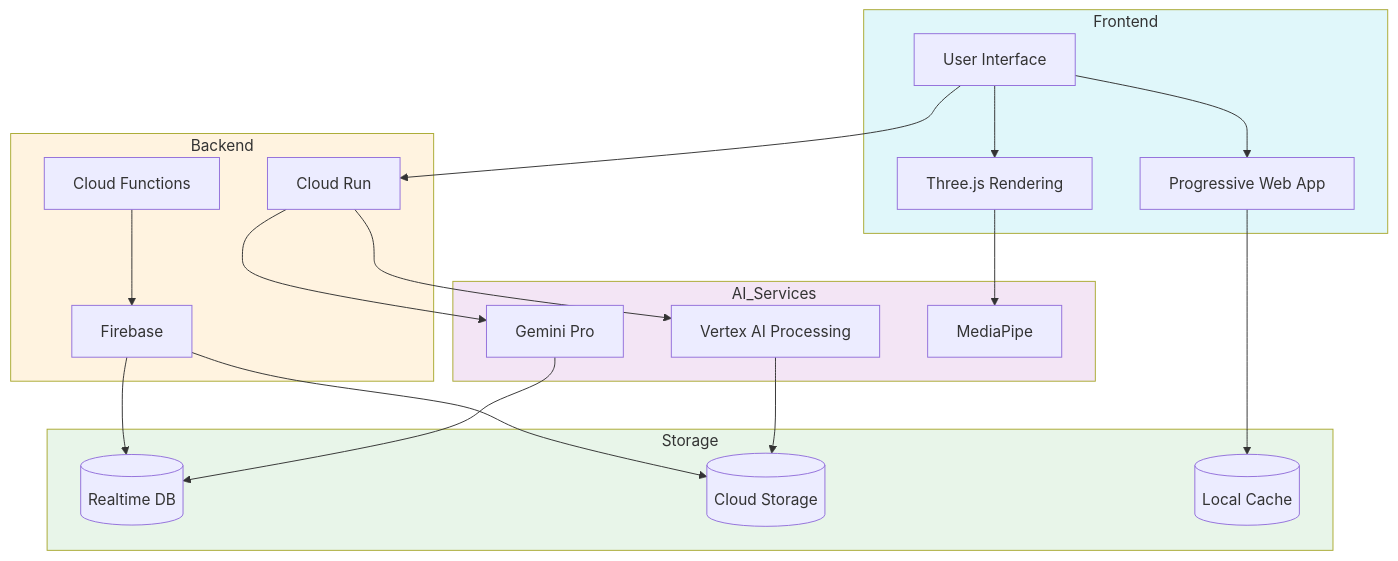
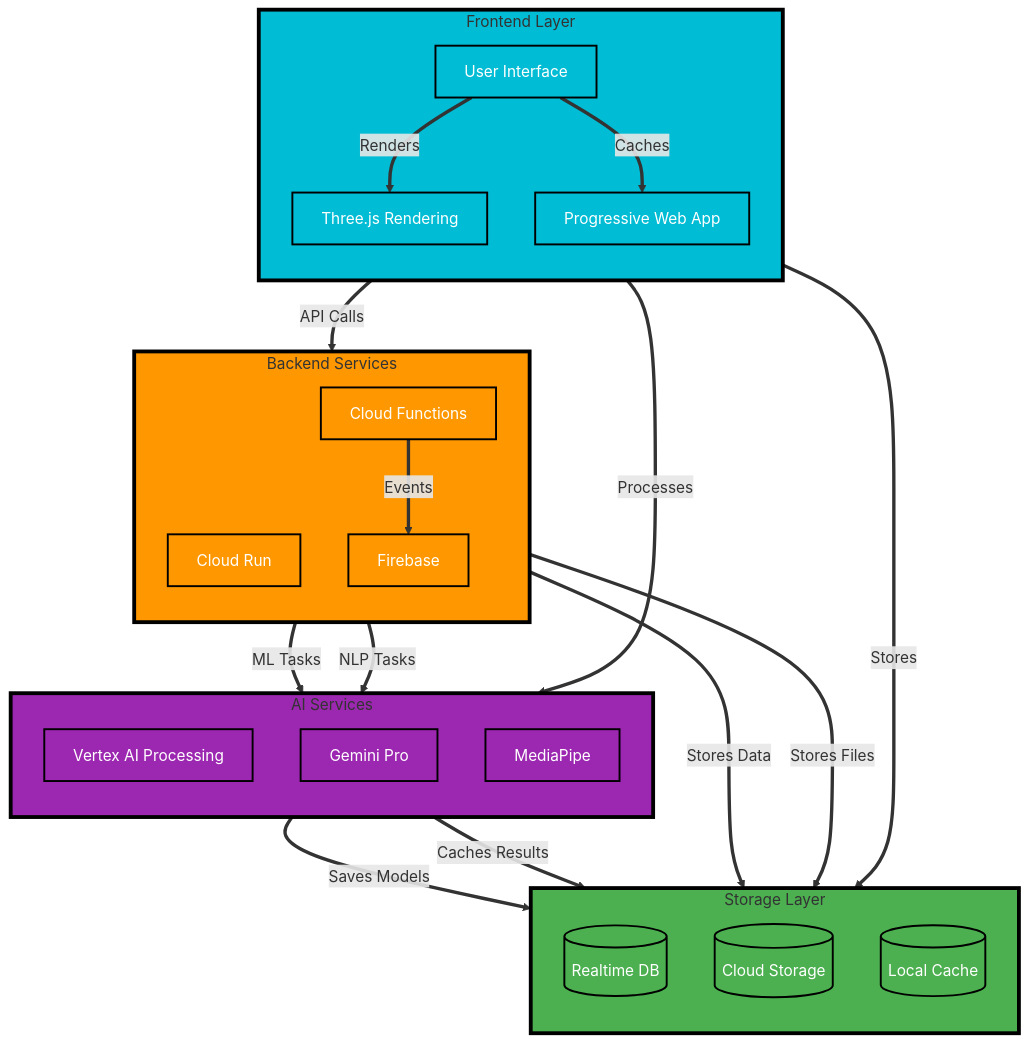
The diagram in README.md (Aakashdeep-Srivastava/edumate1.1), drawn with Mermaid before and after one commit. The commit also changed other lines of this file, not shown here.

````diff
--- a/README.md
+++ b/README.md
@@ -21,46 +21,55 @@
 ```mermaid
-graph TB
-    subgraph Frontend
-        UI[User Interface]
-        THR[Three.js Rendering]
-        PWA[Progressive Web App]
+flowchart TD
+    subgraph Frontend[Frontend Layer]
+        direction TB
+        UI[User Interface]:::frontend
+        THR[Three.js Rendering]:::frontend
+        PWA[Progressive Web App]:::frontend
     end
 
-    subgraph Backend
-        CR[Cloud Run]
-        CF[Cloud Functions]
-        FB[Firebase]
+    subgraph Backend[Backend Services]
+        direction TB
+        CR[Cloud Run]:::backend
+        CF[Cloud Functions]:::backend
+        FB[Firebase]:::backend
     end
 
-    subgraph AI_Services
-        VP[Vertex AI Processing]
-        GP[Gemini Pro]
-        MP[MediaPipe]
+    subgraph AI[AI Services]
+        direction TB
+        VP[Vertex AI Processing]:::ai
+        GP[Gemini Pro]:::ai
+        MP[MediaPipe]:::ai
     end
 
-    subgraph Storage
-        RDB[(Realtime DB)]
-        CS[(Cloud Storage)]
-        LC[(Local Cache)]
+    subgraph DB[Storage Layer]
+        direction TB
+        RDB[(Realtime DB)]:::storage
+        CS[(Cloud Storage)]:::storage
+        LC[(Local Cache)]:::storage
     end
 
-    UI --> THR
-    UI --> PWA
-    THR --> MP
-    PWA --> LC
+    UI ==>|Renders| THR
+    UI ==>|Caches| PWA
+    THR ==>|Processes| MP
+    PWA ==>|Stores| LC
     
-    UI --> CR
-    CR --> VP
-    CR --> GP
-    CF --> FB
+    UI ==>|API Calls| CR
+    CR ==>|ML Tasks| VP
+    CR ==>|NLP Tasks| GP
+    CF ==>|Events| FB
     
-    FB --> RDB
-    FB --> CS
-    VP --> CS
-    GP --> RDB
+    FB ==>|Stores Data| RDB
+    FB ==>|Stores Files| CS
+    VP ==>|Saves Models| CS
+    GP ==>|Caches Results| RDB
 
-    style Frontend fill:#e0f7fa
-    style Backend fill:#fff3e0
-    style AI_Services fill:#f3e5f5
-    style Storage fill:#e8f5e9
+    classDef frontend fill:#00bcd4,stroke:#000,stroke-width:2px,color:#fff
+    classDef backend fill:#ff9800,stroke:#000,stroke-width:2px,color:#fff
+    classDef ai fill:#9c27b0,stroke:#000,stroke-width:2px,color:#fff
+    classDef storage fill:#4caf50,stroke:#000,stroke-width:2px,color:#fff
+
+    style Frontend fill:#00bcd4,stroke:#000,stroke-width:4px
+    style Backend fill:#ff9800,stroke:#000,stroke-width:4px
+    style AI fill:#9c27b0,stroke:#000,stroke-width:4px
+    style DB fill:#4caf50,stroke:#000,stroke-width:4px
 ```
````
